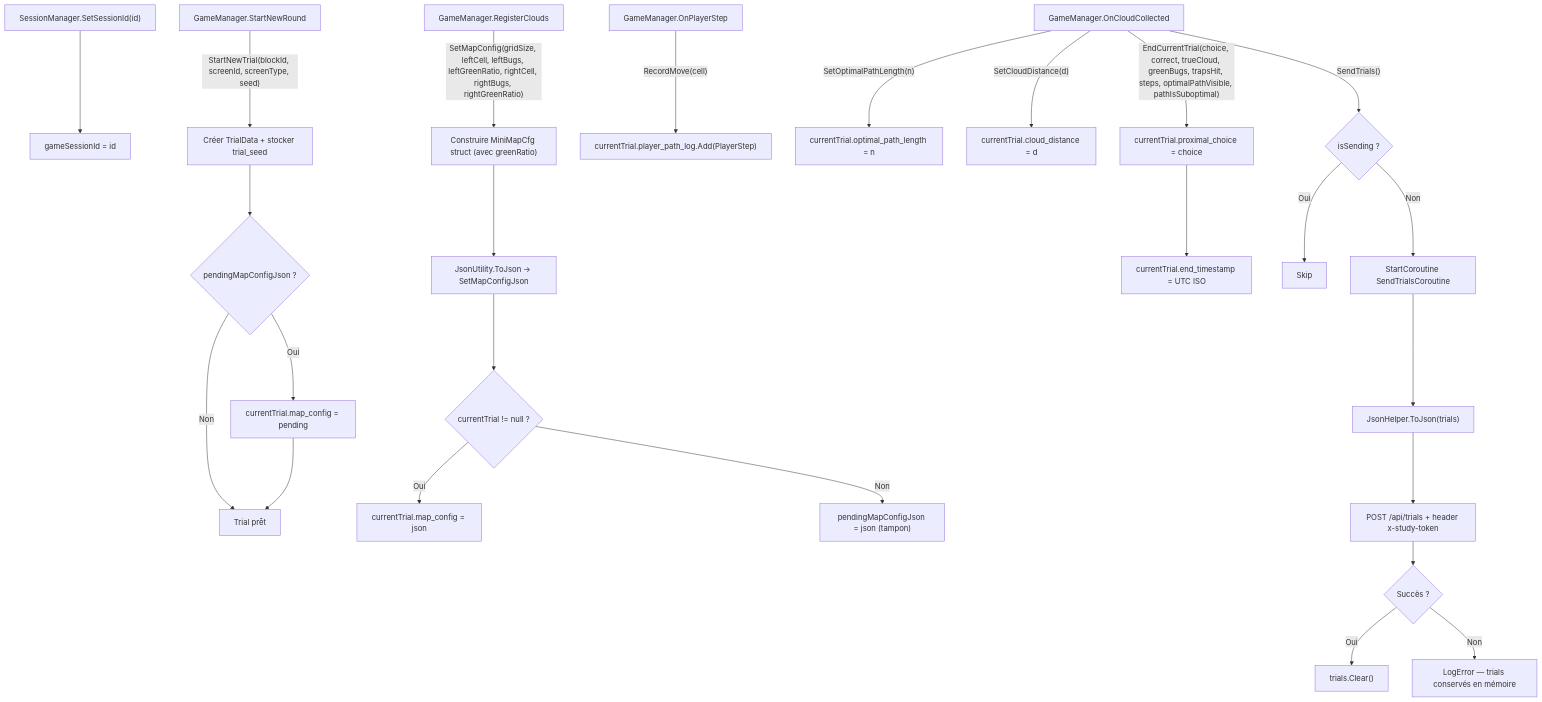
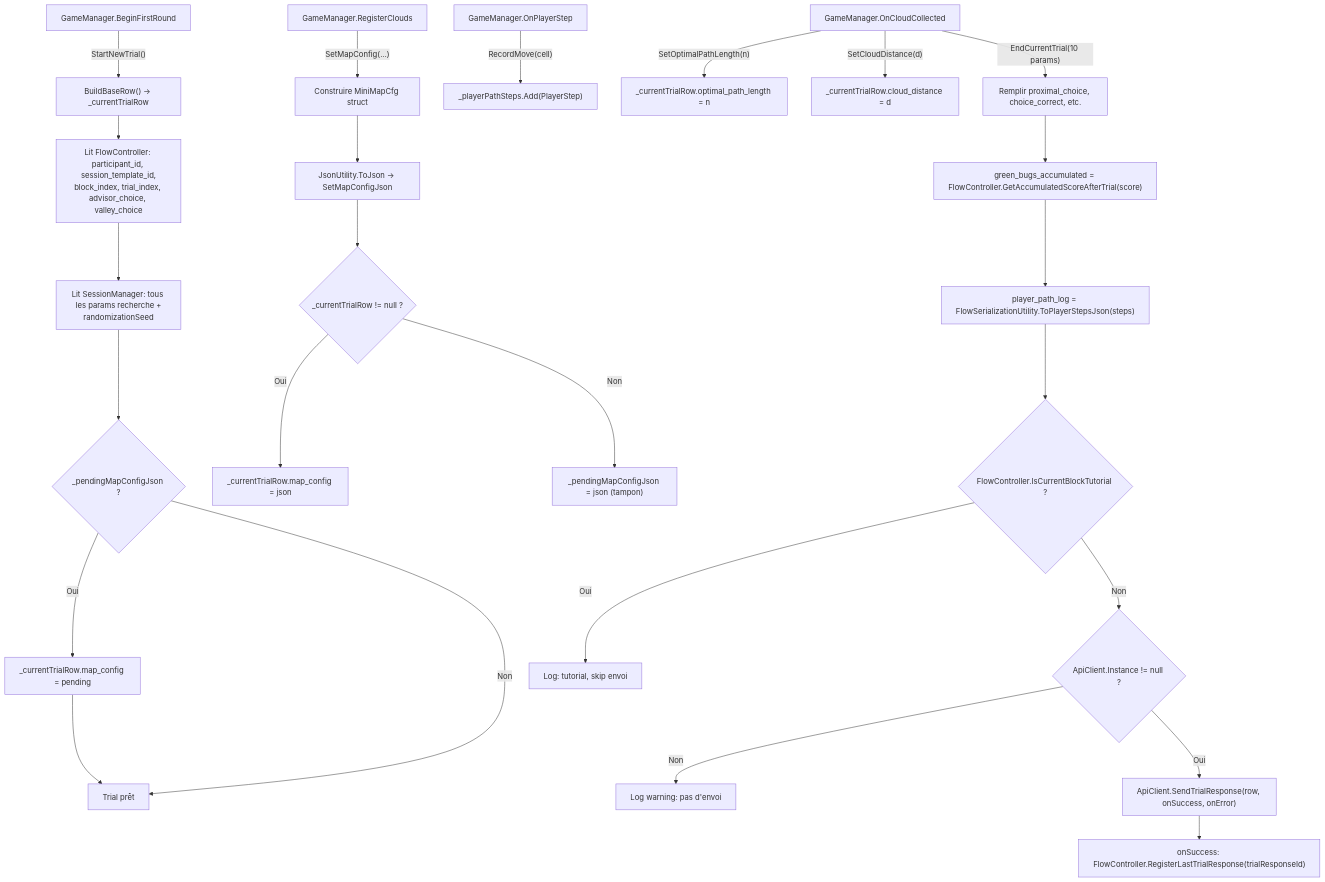
Before and after one commit to PierreChagnon/BUGS: diagram 15 of 28 in Docs/TDD.md, drawn with Mermaid. The commit also changed other lines of this file, not shown here.

````diff
--- a/Docs/TDD.md
+++ b/Docs/TDD.md
@@ -1691,32 +1732,30 @@
 ```mermaid
 graph TD
-    A["SessionManager.SetSessionId(id)"] --> B["gameSessionId = id"]
-
-    C["GameManager.StartNewRound"] -->|"StartNewTrial(blockId, screenId, screenType, seed)"| D["Créer TrialData + stocker trial_seed"]
-    D --> E{pendingMapConfigJson ?}
-    E -->|Oui| F["currentTrial.map_config = pending"]
+    C["GameManager.BeginFirstRound"] -->|"StartNewTrial()"| D["BuildBaseRow() → _currentTrialRow"]
+    D --> D1["Lit FlowController: participant_id, session_template_id,<br/>block_index, trial_index, advisor_choice, valley_choice"]
+    D1 --> D2["Lit SessionManager: tous les params recherche +<br/>randomizationSeed"]
+    D2 --> E{_pendingMapConfigJson ?}
+    E -->|Oui| F["_currentTrialRow.map_config = pending"]
     E -->|Non| G[Trial prêt]
     F --> G
 
-    H["GameManager.RegisterClouds"] -->|"SetMapConfig(gridSize, leftCell, leftBugs, leftGreenRatio, rightCell, rightBugs, rightGreenRatio)"| H1["Construire MiniMapCfg struct (avec greenRatio)"]
+    H["GameManager.RegisterClouds"] -->|"SetMapConfig(...)"| H1["Construire MiniMapCfg struct"]
     H1 --> H2["JsonUtility.ToJson → SetMapConfigJson"]
-    H2 --> I{currentTrial != null ?}
-    I -->|Oui| J["currentTrial.map_config = json"]
-    I -->|Non| K["pendingMapConfigJson = json (tampon)"]
+    H2 --> I{_currentTrialRow != null ?}
+    I -->|Oui| J["_currentTrialRow.map_config = json"]
+    I -->|Non| K["_pendingMapConfigJson = json (tampon)"]
 
-    L["GameManager.OnPlayerStep"] -->|"RecordMove(cell)"| M["currentTrial.player_path_log.Add(PlayerStep)"]
+    L["GameManager.OnPlayerStep"] -->|"RecordMove(cell)"| M["_playerPathSteps.Add(PlayerStep)"]
 
-    N["GameManager.OnCloudCollected"] -->|"SetOptimalPathLength(n)"| O["currentTrial.optimal_path_length = n"]
-    N -->|"SetCloudDistance(d)"| O2["currentTrial.cloud_distance = d"]
-    N -->|"EndCurrentTrial(choice, correct, trueCloud, greenBugs, trapsHit, steps, optimalPathVisible, pathIsSuboptimal)"| P["currentTrial.proximal_choice = choice"]
-    P --> Q["currentTrial.end_timestamp = UTC ISO"]
-
-    N -->|"SendTrials()"| R{isSending ?}
-    R -->|Oui| S[Skip]
-    R -->|Non| T["StartCoroutine SendTrialsCoroutine"]
-    T --> U["JsonHelper.ToJson(trials)"]
-    U --> V["POST /api/trials + header x-study-token"]
-    V --> W{Succès ?}
-    W -->|Oui| X["trials.Clear()"]
-    W -->|Non| Y["LogError — trials conservés en mémoire"]
+    N["GameManager.OnCloudCollected"] -->|"SetOptimalPathLength(n)"| O["_currentTrialRow.optimal_path_length = n"]
+    N -->|"SetCloudDistance(d)"| O2["_currentTrialRow.cloud_distance = d"]
+    N -->|"EndCurrentTrial(10 params)"| P["Remplir proximal_choice, choice_correct, etc."]
+    P --> P1["green_bugs_accumulated = FlowController.GetAccumulatedScoreAfterTrial(score)"]
+    P1 --> P2["player_path_log = FlowSerializationUtility.ToPlayerStepsJson(steps)"]
+    P2 --> P3{"FlowController.IsCurrentBlockTutorial ?"}
+    P3 -->|Oui| P4["Log: tutorial, skip envoi"]
+    P3 -->|Non| P5{"ApiClient.Instance != null ?"}
+    P5 -->|Non| P6["Log warning: pas d'envoi"]
+    P5 -->|Oui| T["ApiClient.SendTrialResponse(row, onSuccess, onError)"]
+    T --> T1["onSuccess: FlowController.RegisterLastTrialResponse(trialResponseId)"]
 ```
````
